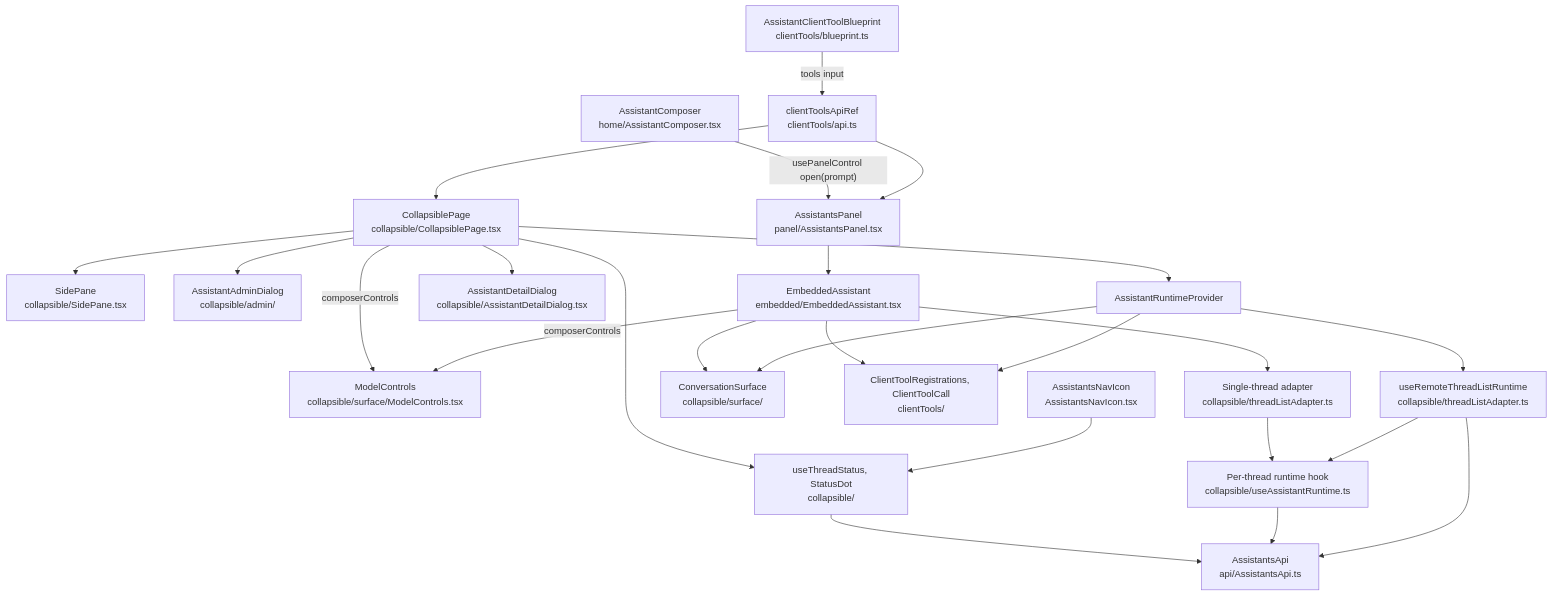
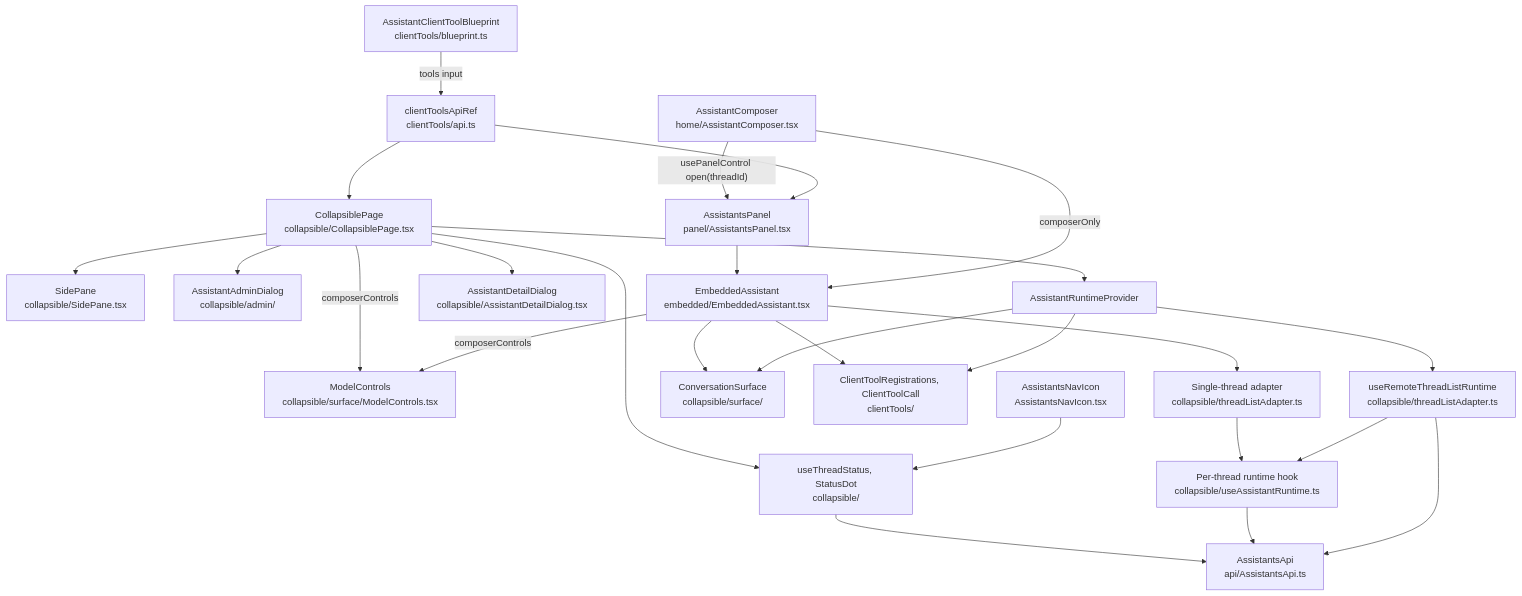
One commit to drewswiredin/backstage-assistants changed the sixth of 7 diagrams in docs/architecture.md. Above: the diagram before and after it, drawn with Mermaid. The commit also changed other lines of this file and 6 other files, not shown here.

First line of the commit message:
docs: the panel, page context, and homepage composer across every README and the architecture

````diff
--- a/docs/architecture.md
+++ b/docs/architecture.md
@@ -357,46 +361,47 @@
 ```mermaid
 flowchart TB
   CP["CollapsiblePage\ncollapsible/CollapsiblePage.tsx"]
   SP["SidePane\ncollapsible/SidePane.tsx"]
   MC["ModelControls\ncollapsible/surface/ModelControls.tsx"]
   AD["AssistantAdminDialog\ncollapsible/admin/"]
   RP["AssistantRuntimeProvider"]
   RL["useRemoteThreadListRuntime\ncollapsible/threadListAdapter.ts"]
   RH["Per-thread runtime hook\ncollapsible/useAssistantRuntime.ts"]
   CS["ConversationSurface\ncollapsible/surface/"]
   API["AssistantsApi\napi/AssistantsApi.ts"]
   DD["AssistantDetailDialog\ncollapsible/AssistantDetailDialog.tsx"]
   TS["useThreadStatus, StatusDot\ncollapsible/"]
   CT["ClientToolRegistrations, ClientToolCall\nclientTools/"]
   BP["AssistantClientToolBlueprint\nclientTools/blueprint.ts"]
   NI["AssistantsNavIcon\nAssistantsNavIcon.tsx"]
   PN["AssistantsPanel\npanel/AssistantsPanel.tsx"]
   HC["AssistantComposer\nhome/AssistantComposer.tsx"]
   EA["EmbeddedAssistant\nembedded/EmbeddedAssistant.tsx"]
   SA["Single-thread adapter\ncollapsible/threadListAdapter.ts"]
   CA["clientToolsApiRef\nclientTools/api.ts"]
   PN --> EA
-  HC -->|"usePanelControl open(prompt)"| PN
+  HC -->|"composerOnly"| EA
+  HC -->|"usePanelControl open(threadId)"| PN
   EA --> SA
   SA --> RH
   EA --> CT
   EA --> CS
   CA --> PN
   CP --> SP
   CP --> DD
   CP --> TS
   NI --> TS
   RP --> CT
   BP -->|"tools input"| CA
   CA --> CP
   TS --> API
   CP -->|"composerControls"| MC
   EA -->|"composerControls"| MC
   CP --> AD
   CP --> RP
   RP --> RL
   RL --> RH
   RP --> CS
   RH --> API
   RL --> API
 ```
````
